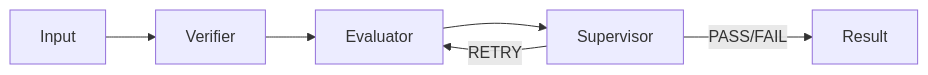
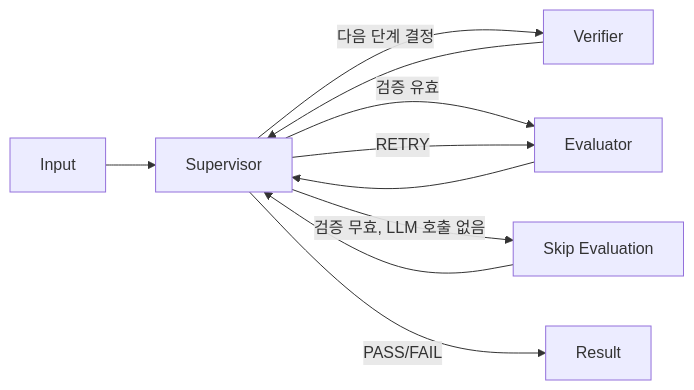
Before and after one commit to hjyoon99/AIEvalPlatform: the first of 2 diagrams in docs/AI-Evaluation-Engine.md, drawn with Mermaid. The commit also changed other lines of this file, not shown here.

Commit message:
docs: update evaluation graph diagram for supervisor hub structure #15
파이프라인 다이어그램과 설명이 여전히 verify -> evaluate -> supervise
고정 흐름을 가리키고 있어 실제 구조(#15)와 어긋나 있었다. 허브
구조와 라우팅 권한이 supervisor에 집중되어 있다는 설명으로 갱신했다.

````diff
--- a/docs/AI-Evaluation-Engine.md
+++ b/docs/AI-Evaluation-Engine.md
@@ -9,8 +9,12 @@
 ```mermaid
 flowchart LR
-    Input --> Verifier
-    Verifier --> Evaluator
+    Input --> Supervisor
+    Supervisor -->|다음 단계 결정| Verifier
+    Supervisor -->|검증 유효| Evaluator
+    Supervisor -->|검증 무효, LLM 호출 없음| SkipEvaluation[Skip Evaluation]
+    Verifier --> Supervisor
     Evaluator --> Supervisor
+    SkipEvaluation --> Supervisor
     Supervisor -->|RETRY| Evaluator
     Supervisor -->|PASS/FAIL| Result
 ```
````
